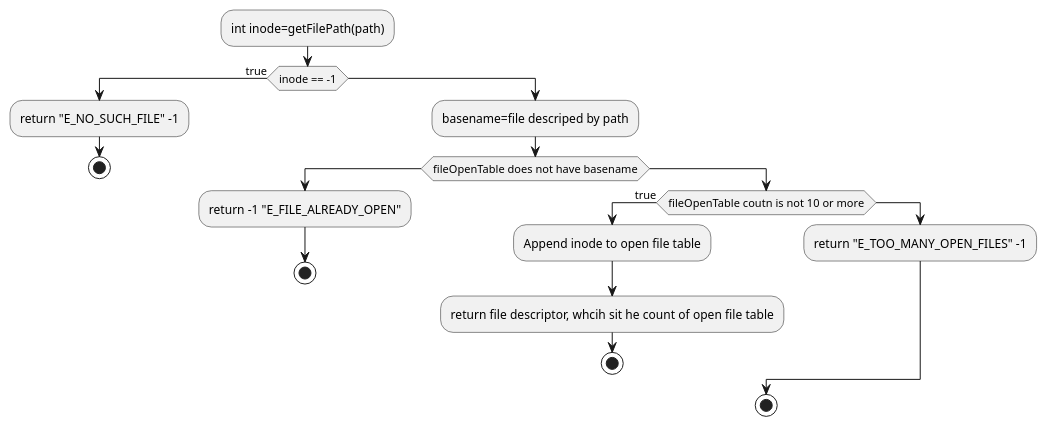
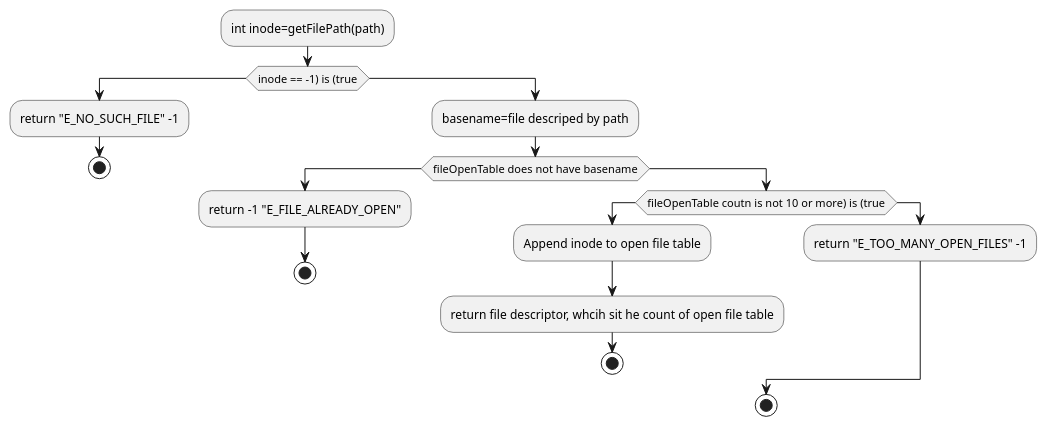
The seventh of 20 diagrams in Plan.org (HawaiinPizza/CIS-450-final-project), drawn with PlantUML before and after one commit. The commit also changed other lines of this file and 7 other files, not shown here.

```diff
--- a/Plan.org
+++ b/Plan.org
@@ -466,24 +473,24 @@
      #+BEGIN_SRC plantuml  :file Plant/FileOpen.png
 	    :int inode=getFilePath(path);
-	    if(inode == -1) then (true)
+	    if(inode == -1) is (true)
 		:return "E_NO_SUCH_FILE" -1;
 		stop
 	    else
 		:basename=file descriped by path;
 		    
 		    if(fileOpenTable does not have basename)
 			:return -1 "E_FILE_ALREADY_OPEN";
 			stop
 		    else
-			if(fileOpenTable coutn is not 10 or more) then (true)
+			if(fileOpenTable coutn is not 10 or more) is (true)
 				:Append inode to open file table;
 				:return file descriptor, whcih sit he count of open file table;
 				stop
 			else
 			    :return "E_TOO_MANY_OPEN_FILES" -1;
 			endif
 			stop
 		    endif
 	    endif
 	    @enduml
      #+END_SRC
```
